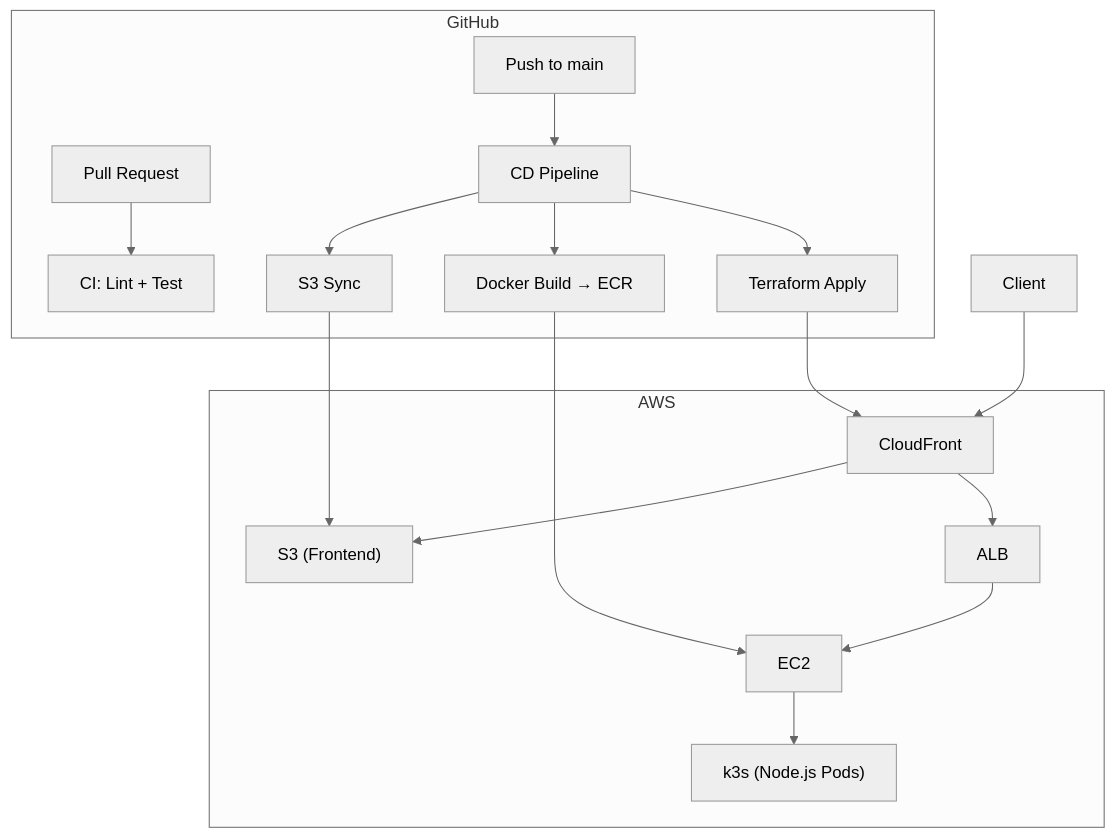
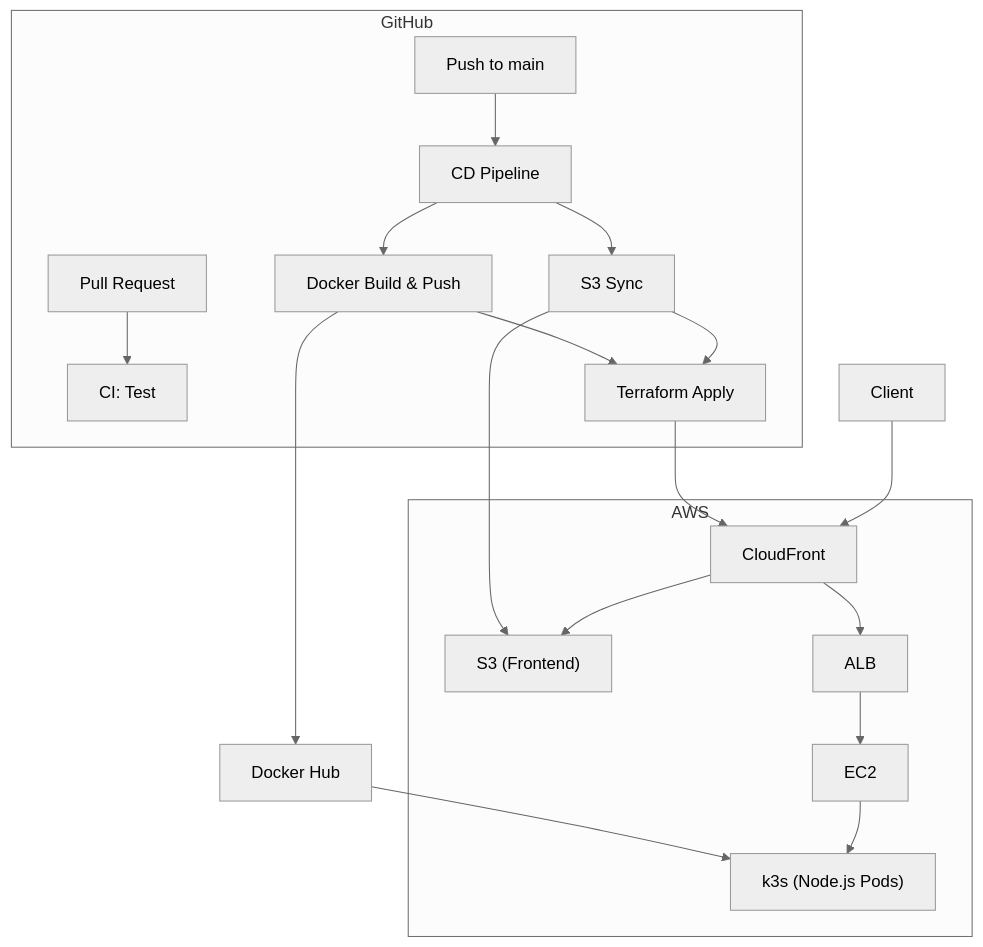
One commit to skkuding/cookbook changed the diagram in content/docs/infra/8. GitHub Actions.md. Above: the diagram before and after it, drawn with Mermaid (neutral theme). The commit also changed other lines of this file and 8 other files, not shown here.

````diff
--- a/content/docs/infra/8. GitHub Actions.md
+++ b/content/docs/infra/8. GitHub Actions.md
@@ -147,22 +88,24 @@
 ```mermaid
 flowchart TB
   subgraph "GitHub"
-    PR["Pull Request"] --> CI["CI: Lint + Test"]
+    PR["Pull Request"] --> CI["CI: Test"]
     Push["Push to main"] --> CD["CD Pipeline"]
     CD --> S3Sync["S3 Sync"]
-    CD --> DockerBuild["Docker Build → ECR"]
-    CD --> TF["Terraform Apply"]
+    CD --> DockerBuild["Docker Build & Push"]
+    S3Sync --> TF["Terraform Apply"]
+    DockerBuild --> TF
   end
 
   subgraph "AWS"
     CloudFront --> S3["S3 (Frontend)"]
     CloudFront --> ALB
     ALB --> EC2
     EC2 --> K8s["k3s (Node.js Pods)"]
   end
 
   S3Sync --> S3
-  DockerBuild --> EC2
+  DockerBuild --> DockerHub["Docker Hub"]
+  DockerHub --> K8s
+  Client --> CloudFront
   TF --> CloudFront
-  Client --> CloudFront
 ```
````
